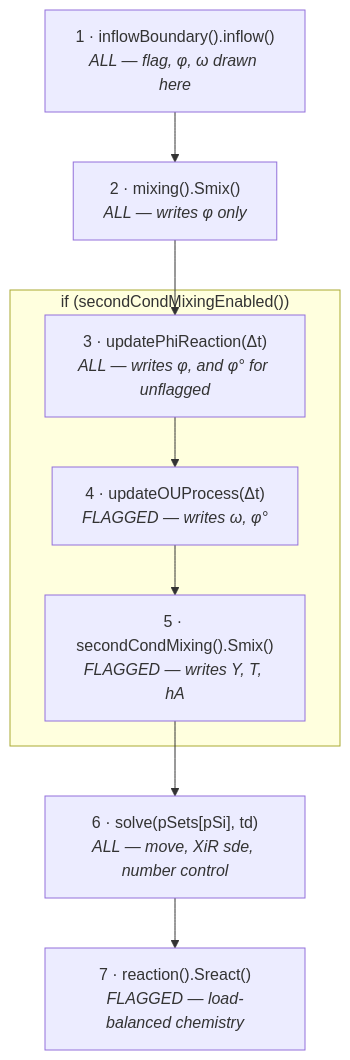
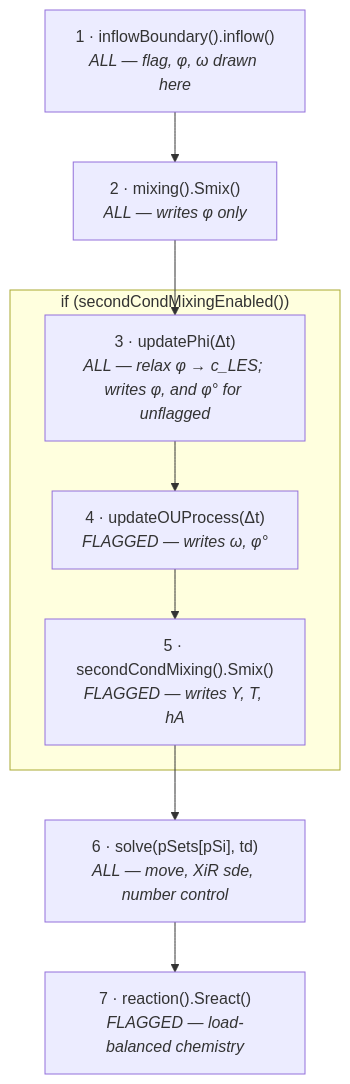
Before and after one commit to Nizar290596/SecondCondMMC: the first of 3 diagrams in docs/secondConditioningOverview.md, drawn with Mermaid. The commit also changed other lines of this file and 10 other files, not shown here.

````diff
--- a/docs/secondConditioningOverview.md
+++ b/docs/secondConditioningOverview.md
@@ -184,17 +201,17 @@
 ```mermaid
 flowchart TD
     S1["1 · inflowBoundary().inflow()<br/><i>ALL — flag, φ, ω drawn here</i>"]
     S2["2 · mixing().Smix()<br/><i>ALL — writes φ only</i>"]
-    S3["3 · updatePhiReaction(Δt)<br/><i>ALL — writes φ, and φ° for unflagged</i>"]
+    S3["3 · updatePhi(Δt)<br/><i>ALL — relax φ → c_LES; writes φ, and φ° for unflagged</i>"]
     S4["4 · updateOUProcess(Δt)<br/><i>FLAGGED — writes ω, φ°</i>"]
     S5["5 · secondCondMixing().Smix()<br/><i>FLAGGED — writes Y, T, hA</i>"]
     S6["6 · solve(pSets[pSi], td)<br/><i>ALL — move, XiR sde, number control</i>"]
     S7["7 · reaction().Sreact()<br/><i>FLAGGED — load-balanced chemistry</i>"]
 
     S1 --> S2 --> S3 --> S4 --> S5 --> S6 --> S7
     subgraph G ["if (secondCondMixingEnabled())"]
         S3
         S4
         S5
     end
 ```
````
